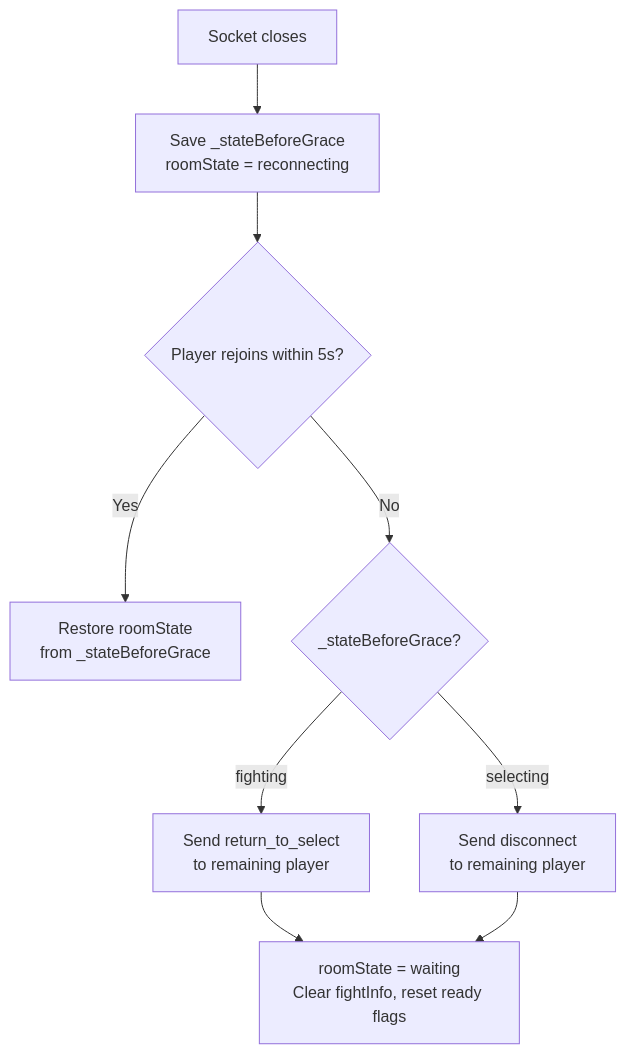
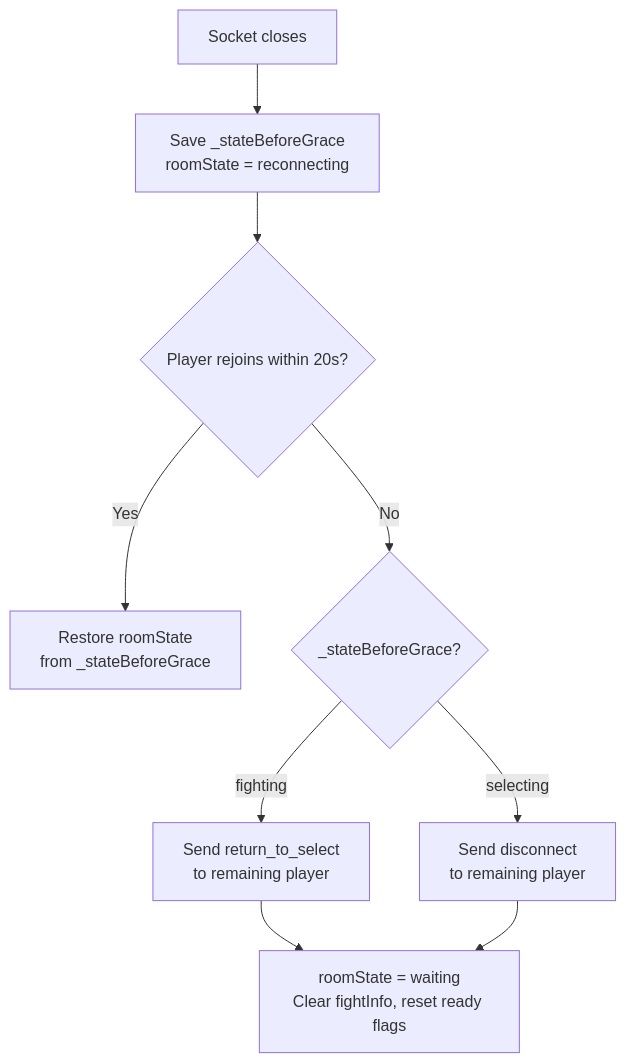
Before and after one commit to simon0191/a-los-traques: the third of 4 diagrams in docs/graceful-reconnection.md, drawn with Mermaid. The commit also changed other lines of this file and 9 other files, not shown here.

````diff
--- a/docs/graceful-reconnection.md
+++ b/docs/graceful-reconnection.md
@@ -53,11 +53,11 @@
 ```mermaid
 flowchart TD
     A[Socket closes] --> B["Save _stateBeforeGrace\nroomState = reconnecting"]
-    B --> C{Player rejoins within 5s?}
+    B --> C{Player rejoins within 20s?}
     C -- Yes --> D["Restore roomState\nfrom _stateBeforeGrace"]
     C -- No --> E{_stateBeforeGrace?}
     E -- fighting --> F["Send return_to_select\nto remaining player"]
     E -- selecting --> G["Send disconnect\nto remaining player"]
     F --> H["roomState = waiting\nClear fightInfo, reset ready flags"]
     G --> H
 ```
````
